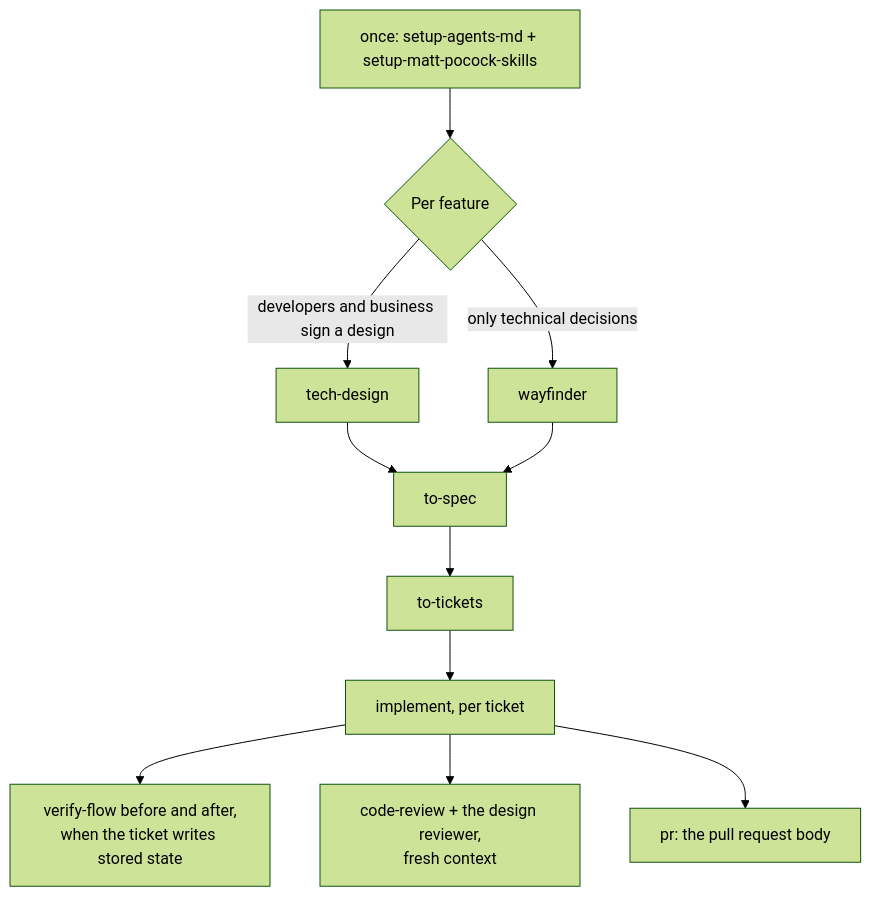
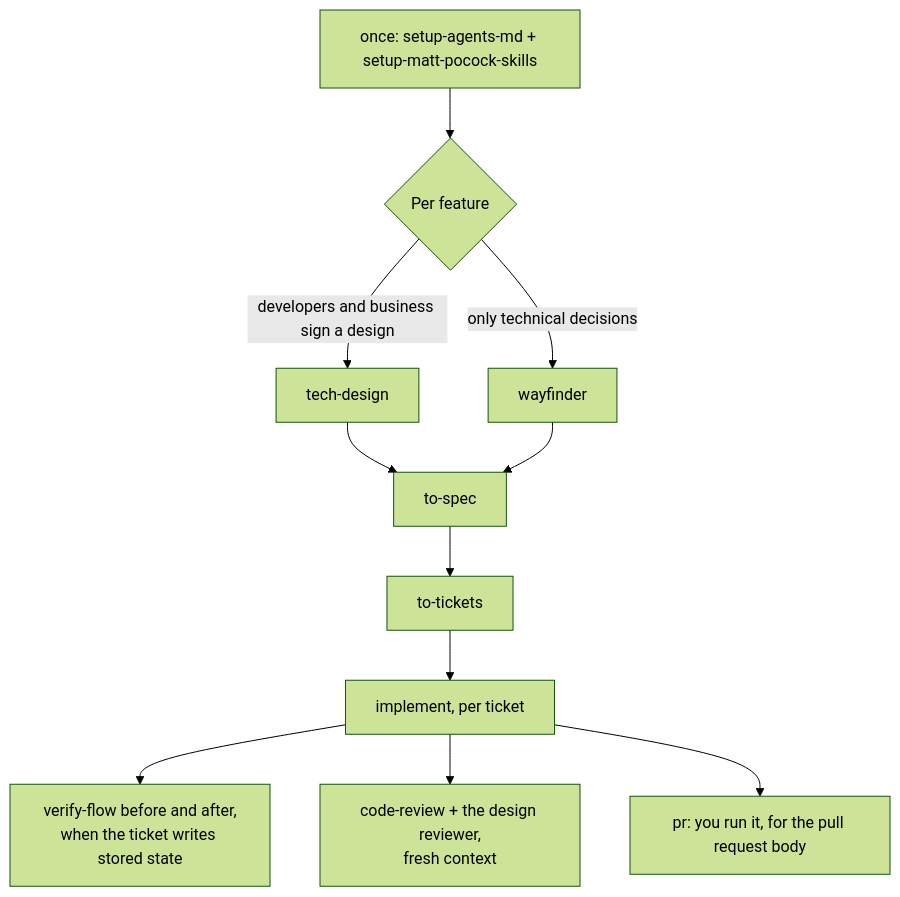
One commit to svennijhuis/nstack changed the second of 2 diagrams in README.md. Above: the diagram before and after it, drawn with Mermaid (forest theme). The commit also changed other lines of this file and 4 other files, not shown here.

First line of the commit message:
implement: leave the pull request to the person

````diff
--- a/README.md
+++ b/README.md
@@ -68,13 +68,13 @@
 ```mermaid
 flowchart TD
     S[once: setup-agents-md + setup-matt-pocock-skills] --> P{Per feature}
     P -->|developers and business sign a design| TD[tech-design]
     P -->|only technical decisions| W[wayfinder]
     TD --> SP[to-spec]
     W --> SP
     SP --> TT[to-tickets]
     TT --> IM[implement, per ticket]
     IM --> V[verify-flow before and after,<br/>when the ticket writes stored state]
     IM --> CR[code-review + the design reviewer,<br/>fresh context]
-    IM --> PR[pr: the pull request body]
+    IM --> PR[pr: you run it, for the pull request body]
 ```
````
